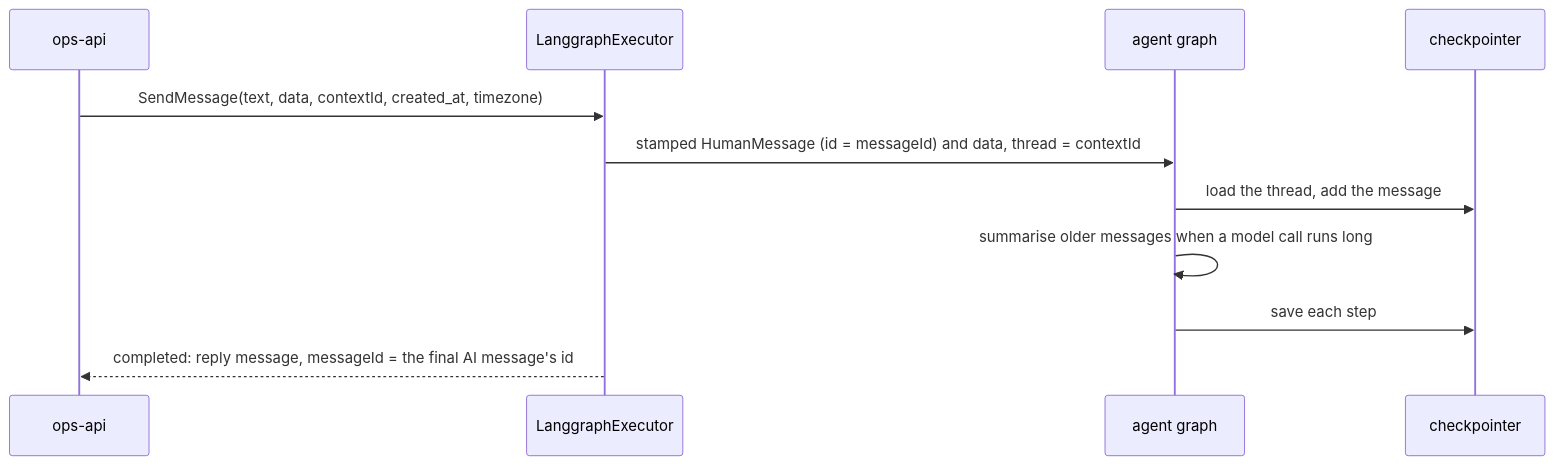
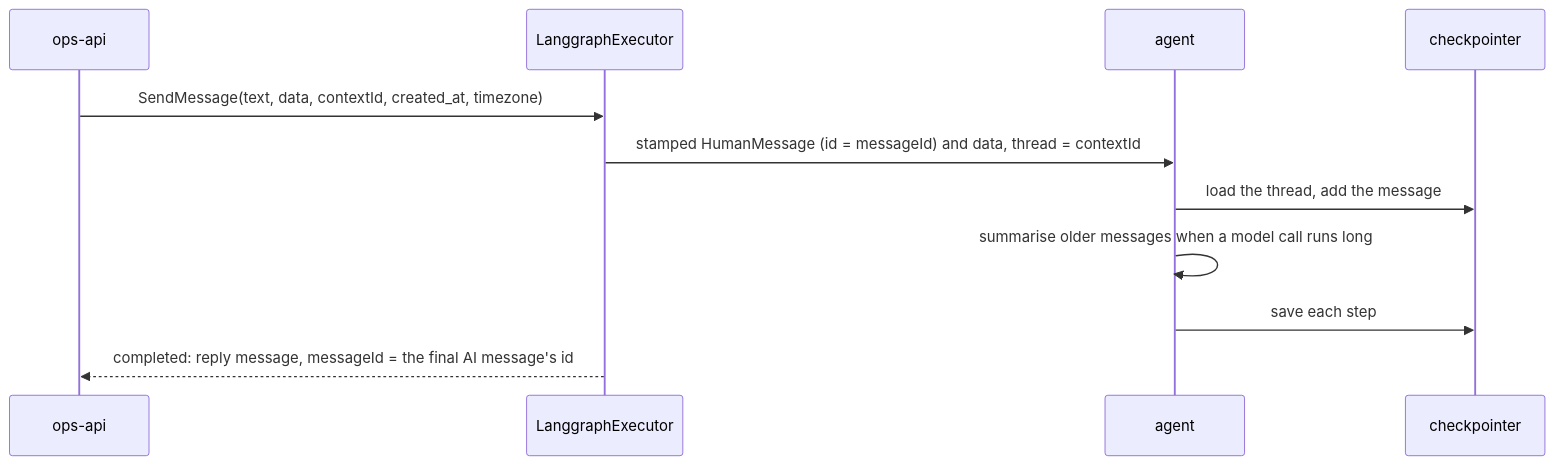
Before and after one commit to kchong0702/renderverse-portfolio: the first of 3 diagrams in apps/ezcareer-harness/docs/architecture/overview.md, drawn with Mermaid. The commit also changed other lines of this file and 61 other files, not shown here.

````diff
--- a/apps/ezcareer-harness/docs/architecture/overview.md
+++ b/apps/ezcareer-harness/docs/architecture/overview.md
@@ -259,13 +251,13 @@
 ```mermaid
 sequenceDiagram
     participant O as ops-api
     participant E as LanggraphExecutor
-    participant G as agent graph
+    participant G as agent
     participant C as checkpointer
     O->>E: SendMessage(text, data, contextId, created_at, timezone)
     E->>G: stamped HumanMessage (id = messageId) and data, thread = contextId
     G->>C: load the thread, add the message
     G->>G: summarise older messages when a model call runs long
     G->>C: save each step
     E-->>O: completed: reply message, messageId = the final AI message's id
 ```
````
